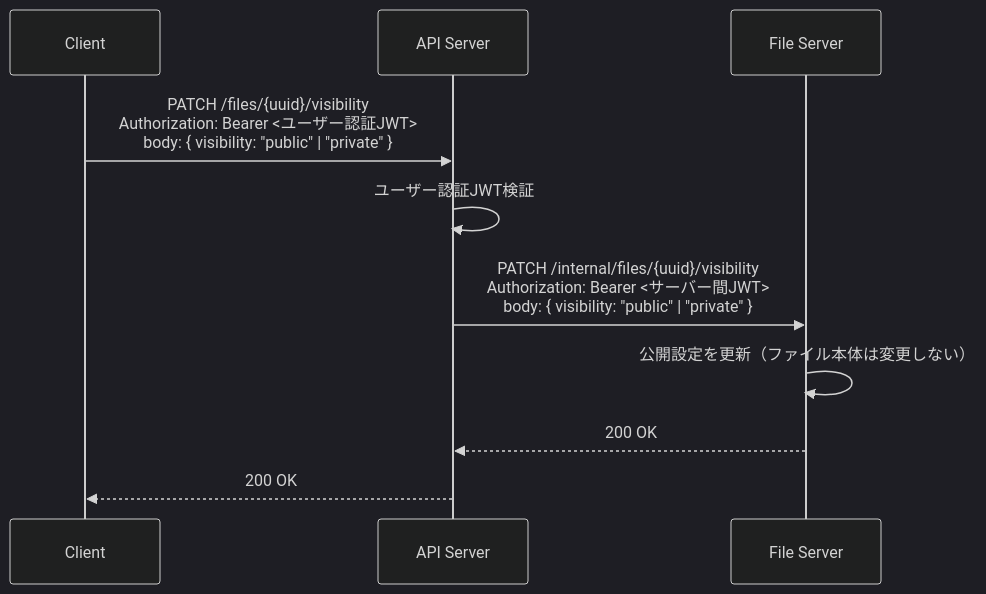
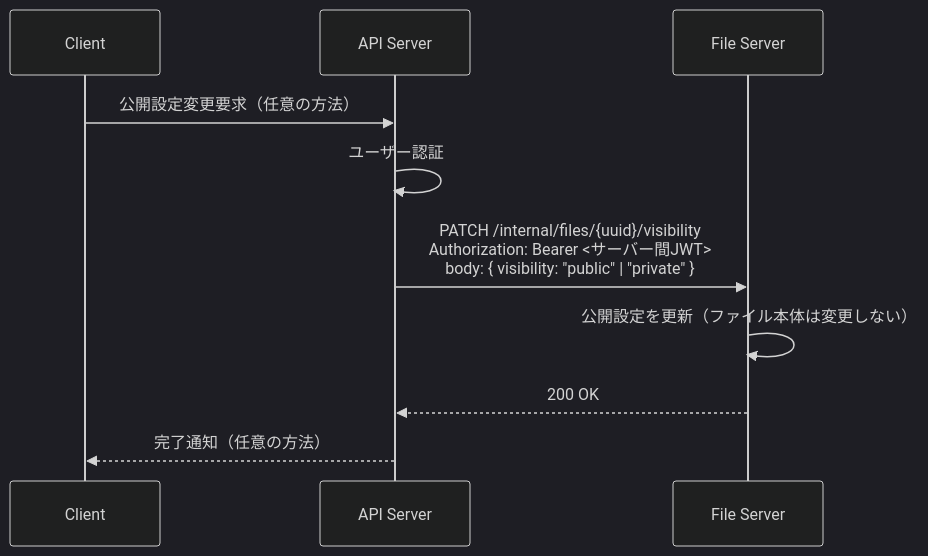
The fifth of 5 diagrams in docs/spec.md (kigawa01/kaft), drawn with Mermaid (dark theme) before and after one commit. The commit also changed other lines of this file, not shown here.

````diff
--- a/docs/spec.md
+++ b/docs/spec.md
@@ -187,13 +185,13 @@
 ```mermaid
 sequenceDiagram
     participant C as Client
     participant A as API Server
     participant F as File Server
 
-    C->>A: PATCH /files/{uuid}/visibility<br/>Authorization: Bearer <ユーザー認証JWT><br/>body: { visibility: "public" | "private" }
-    A->>A: ユーザー認証JWT検証
+    C->>A: 公開設定変更要求（任意の方法）
+    A->>A: ユーザー認証
     A->>F: PATCH /internal/files/{uuid}/visibility<br/>Authorization: Bearer <サーバー間JWT><br/>body: { visibility: "public" | "private" }
     F->>F: 公開設定を更新（ファイル本体は変更しない）
     F-->>A: 200 OK
-    A-->>C: 200 OK
+    A-->>C: 完了通知（任意の方法）
 ```
````
